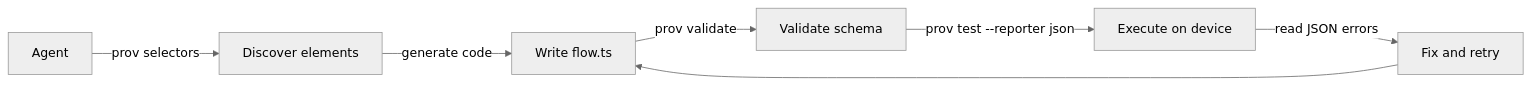
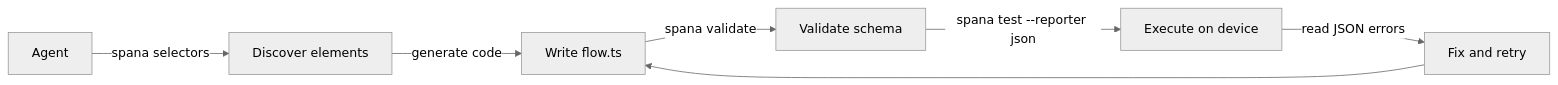
The diagram in apps/docs/src/content/docs/cli/agent-commands.md (wezter96/prov), drawn with Mermaid (neutral theme) before and after one commit. The commit also changed other lines of this file and 147 other files, not shown here.

First line of the commit message:
rename project from prov to spana

````diff
--- a/apps/docs/src/content/docs/cli/agent-commands.md
+++ b/apps/docs/src/content/docs/cli/agent-commands.md
@@ -132,9 +132,9 @@
 ```mermaid
 graph LR
-    A[Agent] -->|prov selectors| B[Discover elements]
+    A[Agent] -->|spana selectors| B[Discover elements]
     B -->|generate code| C[Write flow.ts]
-    C -->|prov validate| D[Validate schema]
-    D -->|prov test --reporter json| E[Execute on device]
+    C -->|spana validate| D[Validate schema]
+    D -->|spana test --reporter json| E[Execute on device]
     E -->|read JSON errors| F[Fix and retry]
     F --> C
 ```
````
